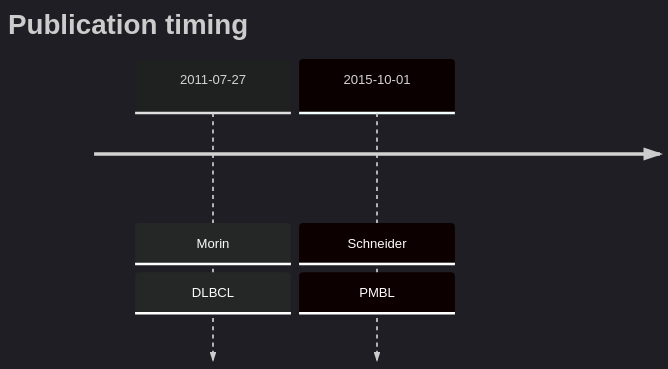
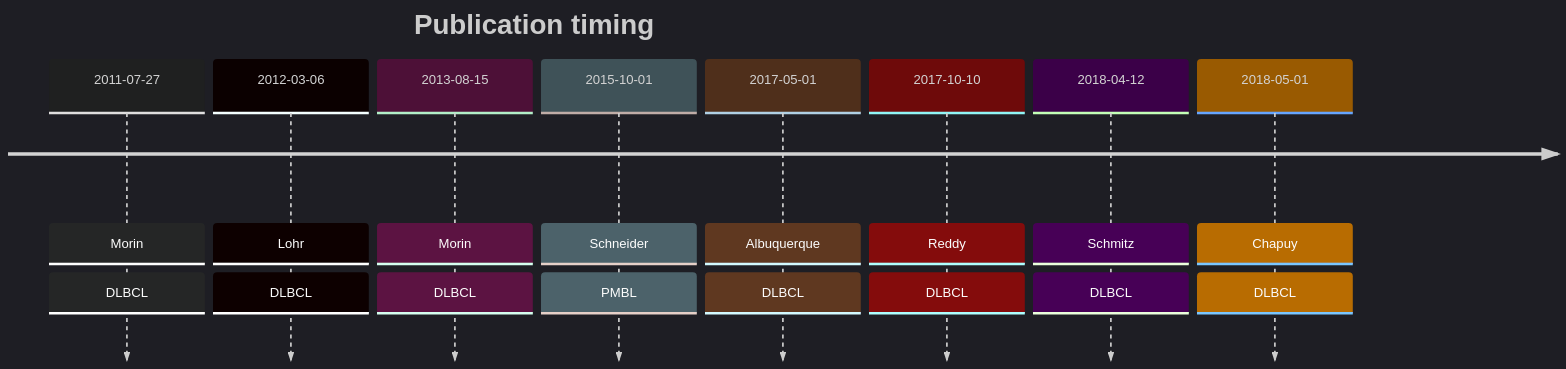
The diagram in CD58.md (morinlab/lymphopedia), drawn with Mermaid before and after one commit.

````diff
--- a/CD58.md
+++ b/CD58.md
@@ -18,7 +18,13 @@
 ```mermaid
 %%{init: { 'logLevel': 'debug', 'theme': 'dark' } }%%
 timeline
     title Publication timing
-      2011-07-27 : Morin : DLBCL
-      2015-10-01 : Schneider : PMBL
+2011-07-27 : Morin : DLBCL
+2012-03-06 : Lohr : DLBCL
+2013-08-15 : Morin : DLBCL
+ 2015-10-01 : Schneider : PMBL
+2017-05-01 : Albuquerque : DLBCL
+2017-10-10 : Reddy : DLBCL
+2018-04-12 : Schmitz : DLBCL
+2018-05-01 : Chapuy : DLBCL
 ```
````
